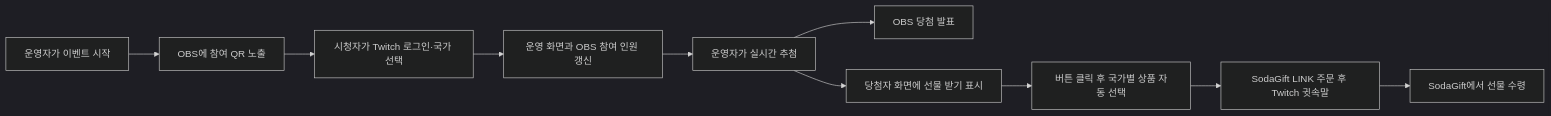
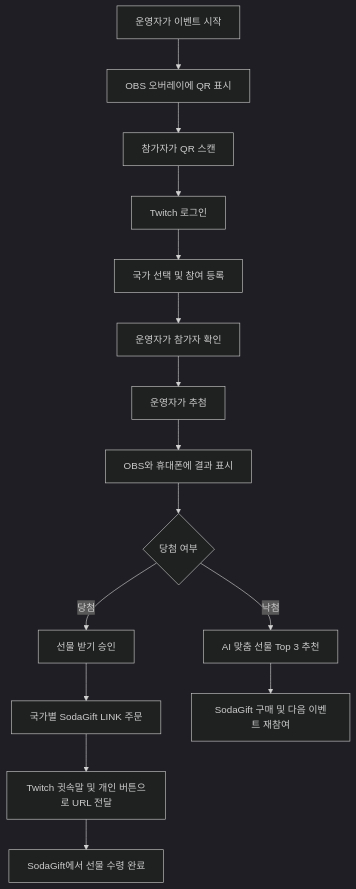
The first of 3 diagrams in README.md (Changjae-LE/socal-k-group-hackathon), drawn with Mermaid (dark theme) before and after one commit. The commit also changed other lines of this file and 1 other file, not shown here.

````diff
--- a/README.md
+++ b/README.md
@@ -25,12 +31,17 @@
 ```mermaid
-flowchart LR
-    A[운영자가 이벤트 시작] --> B[OBS에 참여 QR 노출]
-    B --> C[시청자가 Twitch 로그인·국가 선택]
-    C --> D[운영 화면과 OBS 참여 인원 갱신]
-    D --> E[운영자가 실시간 추첨]
-    E --> F[OBS 당첨 발표]
-    E --> G[당첨자 화면에 선물 받기 표시]
-    G --> H[버튼 클릭 후 국가별 상품 자동 선택]
-    H --> I[SodaGift LINK 주문 후 Twitch 귓속말]
-    I --> J[SodaGift에서 선물 수령]
+flowchart TD
+    A[운영자가 이벤트 시작] --> B[OBS 오버레이에 QR 표시]
+    B --> C[참가자가 QR 스캔]
+    C --> D[Twitch 로그인]
+    D --> E[국가 선택 및 참여 등록]
+    E --> F[운영자가 참가자 확인]
+    F --> G[운영자가 추첨]
+    G --> H[OBS와 휴대폰에 결과 표시]
+    H --> I{당첨 여부}
+    I -->|당첨| J[선물 받기 승인]
+    J --> K[국가별 SodaGift LINK 주문]
+    K --> L[Twitch 귓속말 및 개인 버튼으로 URL 전달]
+    L --> M[SodaGift에서 선물 수령 완료]
+    I -->|낙첨| N[AI 맞춤 선물 Top 3 추천]
+    N --> O[SodaGift 구매 및 다음 이벤트 재참여]
 ```
````
